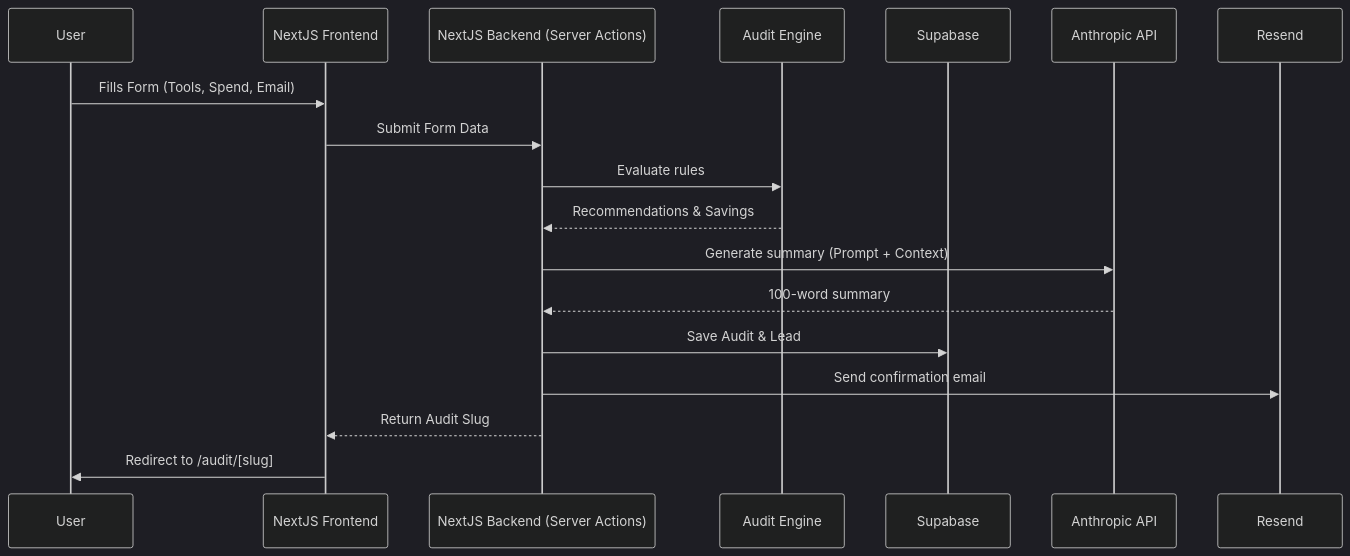
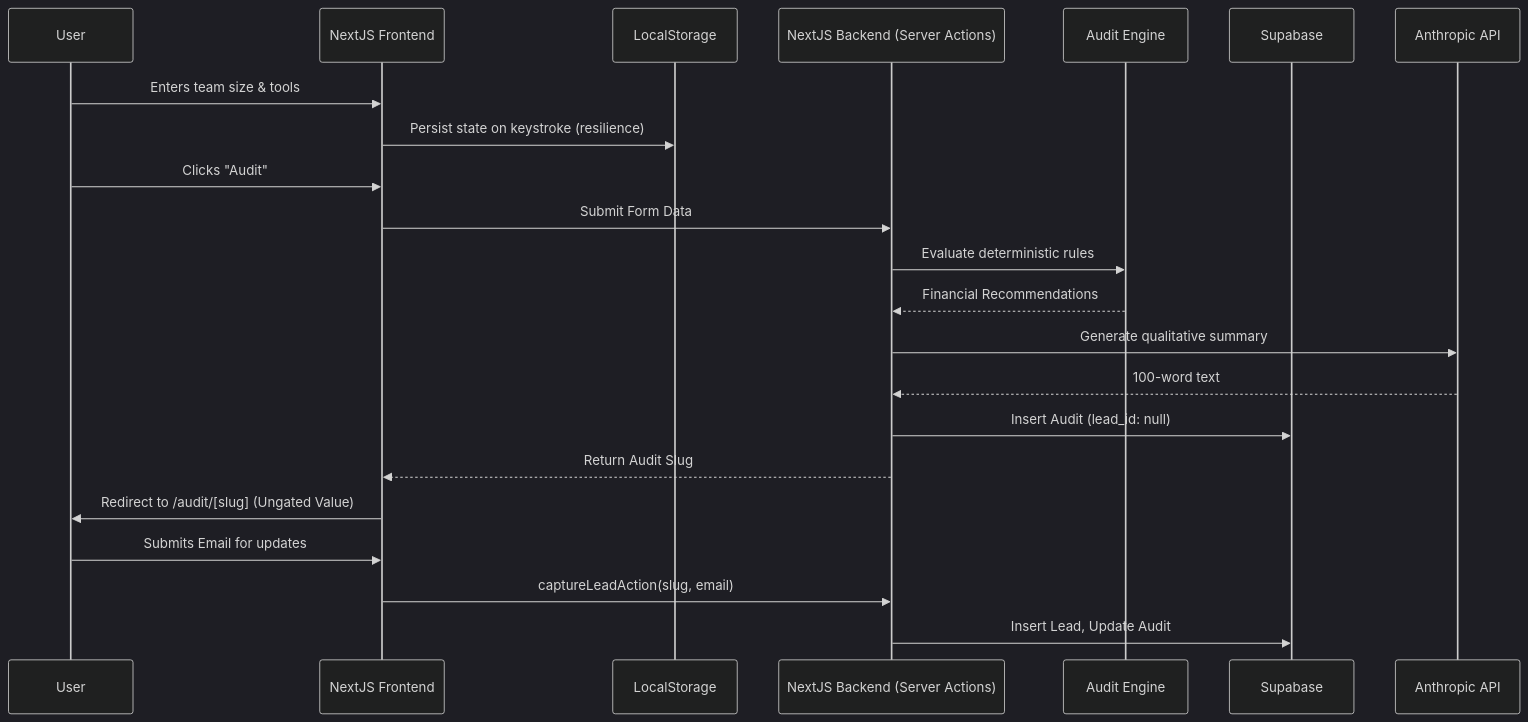
One commit to aryy005/ai-spend-audit changed the diagram in ARCHITECTURE.md. Above: the diagram before and after it, drawn with Mermaid (dark theme). The commit also changed other lines of this file and 8 other files, not shown here.

Commit message:
docs: finalize GTM, unit economics, and architecture documentation

````diff
--- a/ARCHITECTURE.md
+++ b/ARCHITECTURE.md
@@ -13,21 +13,25 @@
 ```mermaid
 sequenceDiagram
     participant User
     participant NextJS Frontend
+    participant LocalStorage
     participant NextJS Backend (Server Actions)
     participant Audit Engine
     participant Supabase
     participant Anthropic API
-    participant Resend
     
-    User->>NextJS Frontend: Fills Form (Tools, Spend, Email)
+    User->>NextJS Frontend: Enters team size & tools
+    NextJS Frontend->>LocalStorage: Persist state on keystroke (resilience)
+    User->>NextJS Frontend: Clicks "Audit"
     NextJS Frontend->>NextJS Backend (Server Actions): Submit Form Data
-    NextJS Backend (Server Actions)->>Audit Engine: Evaluate rules
-    Audit Engine-->>NextJS Backend (Server Actions): Recommendations & Savings
-    NextJS Backend (Server Actions)->>Anthropic API: Generate summary (Prompt + Context)
-    Anthropic API-->>NextJS Backend (Server Actions): 100-word summary
-    NextJS Backend (Server Actions)->>Supabase: Save Audit & Lead
-    NextJS Backend (Server Actions)->>Resend: Send confirmation email
+    NextJS Backend (Server Actions)->>Audit Engine: Evaluate deterministic rules
+    Audit Engine-->>NextJS Backend (Server Actions): Financial Recommendations
+    NextJS Backend (Server Actions)->>Anthropic API: Generate qualitative summary
+    Anthropic API-->>NextJS Backend (Server Actions): 100-word text
+    NextJS Backend (Server Actions)->>Supabase: Insert Audit (lead_id: null)
     NextJS Backend (Server Actions)-->>NextJS Frontend: Return Audit Slug
-    NextJS Frontend->>User: Redirect to /audit/[slug]
+    NextJS Frontend->>User: Redirect to /audit/[slug] (Ungated Value)
+    User->>NextJS Frontend: Submits Email for updates
+    NextJS Frontend->>NextJS Backend (Server Actions): captureLeadAction(slug, email)
+    NextJS Backend (Server Actions)->>Supabase: Insert Lead, Update Audit
 ```
````
